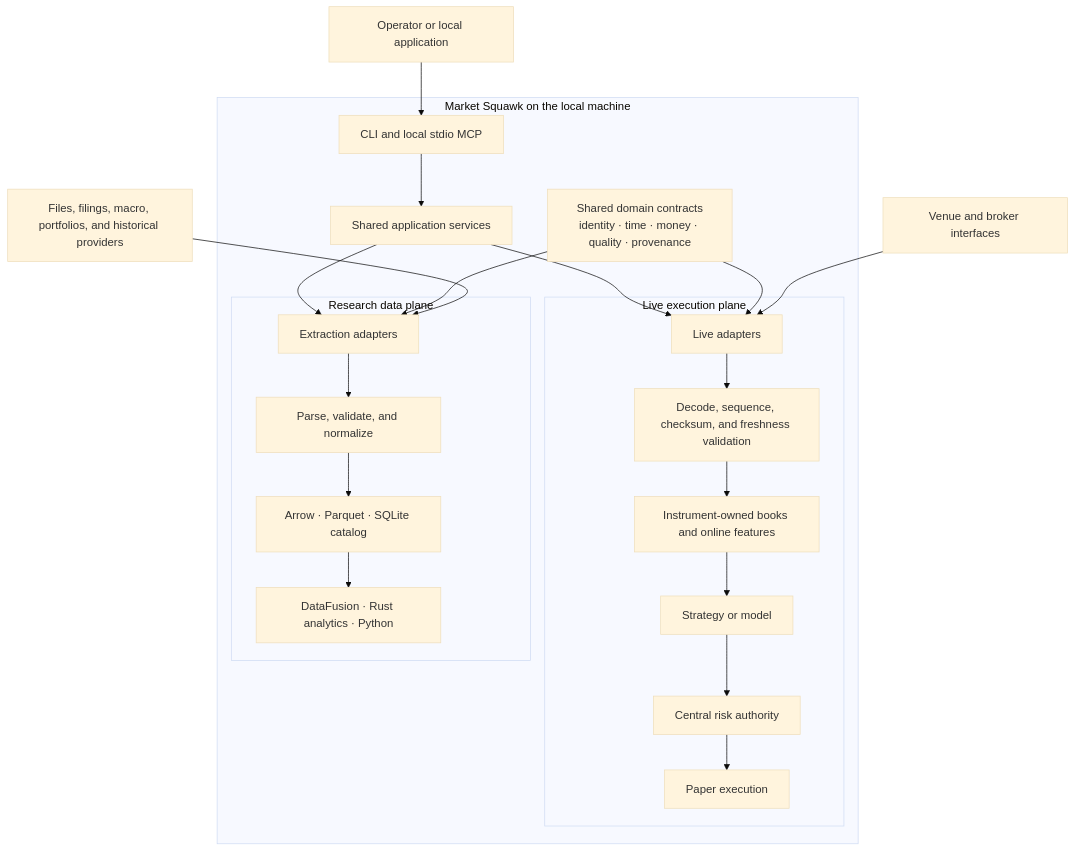
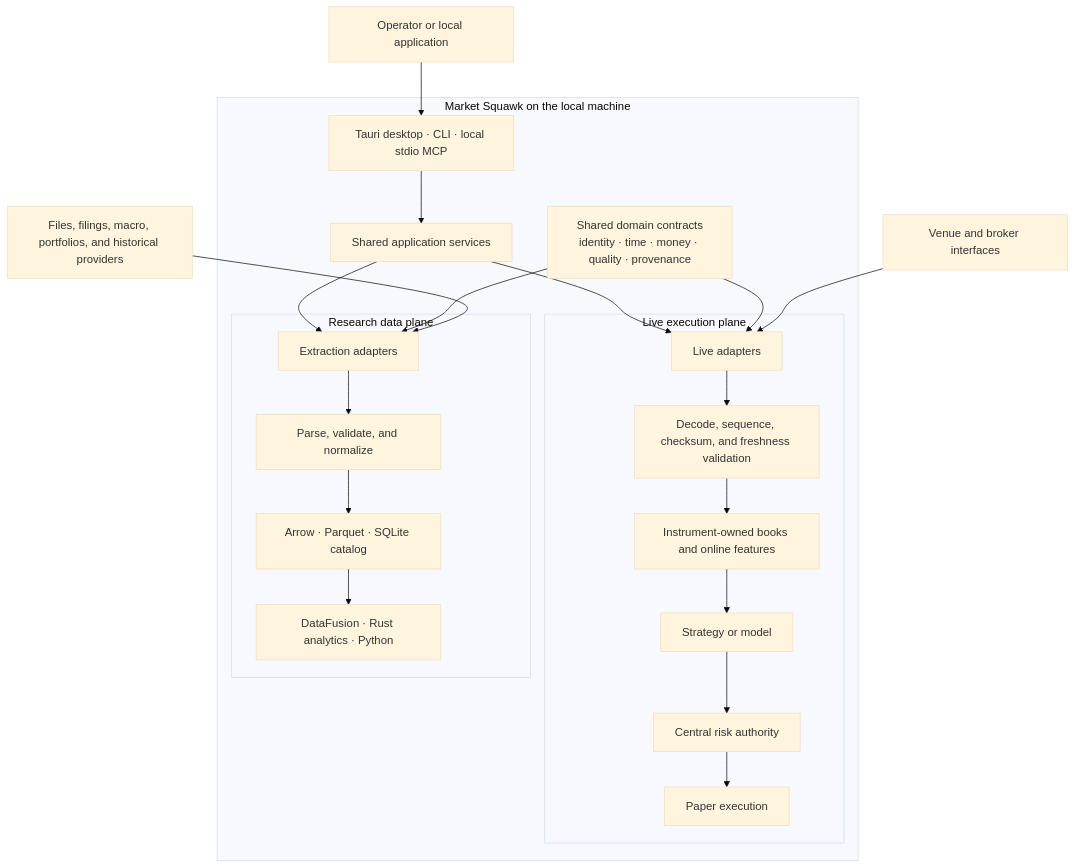
One commit to Sawmonabo/market-squawk changed the diagram in README.md. Above: the diagram before and after it, drawn with Mermaid (base theme). The commit also changed other lines of this file and 16 other files, not shown here.

````diff
--- a/README.md
+++ b/README.md
@@ -62,39 +63,39 @@
 ```mermaid
 flowchart TB
     Operator["Operator or local application"]
     LiveSources["Venue and broker interfaces"]
     ResearchSources["Files, filings, macro, portfolios, and historical providers"]
 
     subgraph Local["Market Squawk on the local machine"]
-        Control["CLI and local stdio MCP"]
+        Control["Tauri desktop · CLI · local stdio MCP"]
         Services["Shared application services"]
         Domain["Shared domain contracts<br/>identity · time · money · quality · provenance"]
 
         subgraph Live["Live execution plane"]
             LiveAdapters["Live adapters"]
             Integrity["Decode, sequence, checksum, and freshness validation"]
             State["Instrument-owned books and online features"]
             Decision["Strategy or model"]
             Risk["Central risk authority"]
             Paper["Paper execution"]
         end
 
         subgraph Research["Research data plane"]
             Extractors["Extraction adapters"]
             Normalize["Parse, validate, and normalize"]
             Storage["Arrow · Parquet · SQLite catalog"]
             Analytics["DataFusion · Rust analytics · Python"]
         end
     end
 
     Operator --> Control
     Control --> Services
     Services --> LiveAdapters
     Services --> Extractors
     Domain --> LiveAdapters
     Domain --> Extractors
     LiveSources --> LiveAdapters
     LiveAdapters --> Integrity --> State --> Decision --> Risk --> Paper
     ResearchSources --> Extractors
     Extractors --> Normalize --> Storage --> Analytics
 ```
````
